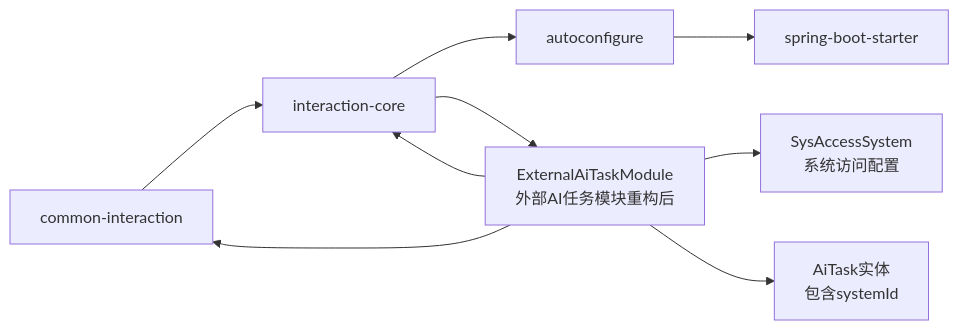
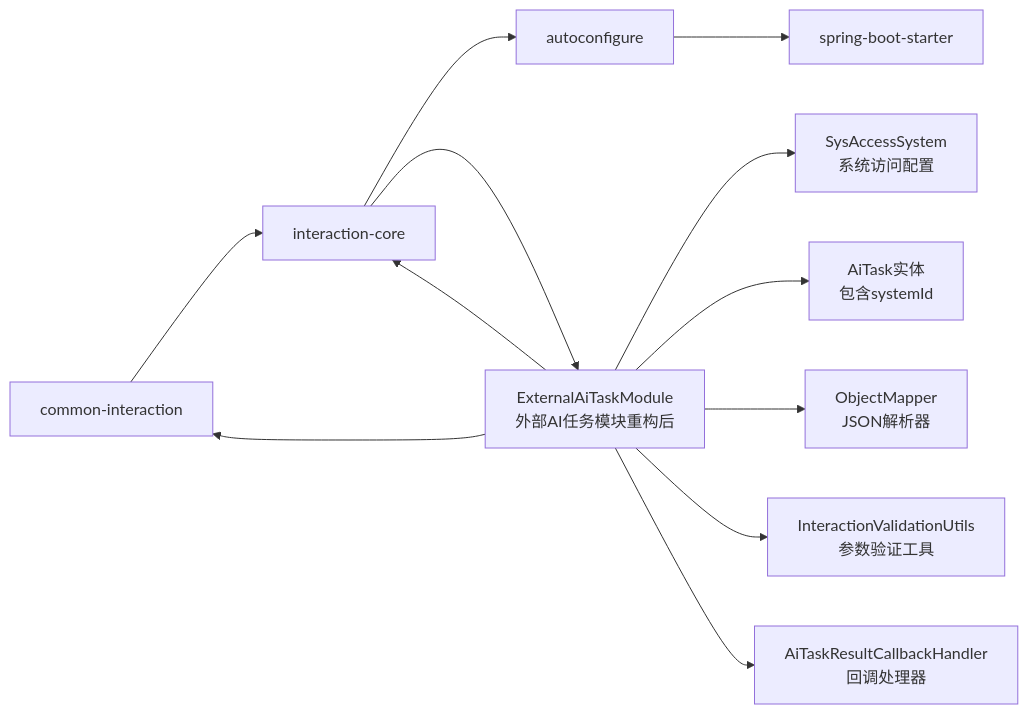
The fifth of 5 diagrams in .qoder/repowiki/zh/content/API接口文档/外部系统集成API/外部系统集成API.md (DrunkFood/First), drawn with Mermaid before and after one commit. The commit also changed other lines of this file and 77 other files, not shown here.

````diff
--- a/.qoder/repowiki/zh/content/API接口文档/外部系统集成API/外部系统集成API.md
+++ b/.qoder/repowiki/zh/content/API接口文档/外部系统集成API/外部系统集成API.md
@@ -418,11 +507,14 @@
 ```mermaid
 graph LR
 Common["common-interaction"] --> Core["interaction-core"]
 Core --> Auto["autoconfigure"]
 Auto --> Starter["spring-boot-starter"]
 Core --> ExternalAI["ExternalAiTaskModule<br/>外部AI任务模块重构后"]
 ExternalAI --> Common
 ExternalAI --> Core
 ExternalAI --> SysAccess["SysAccessSystem<br/>系统访问配置"]
 ExternalAI --> AiTask["AiTask实体<br/>包含systemId"]
+ExternalAI --> ObjectMapper["ObjectMapper<br/>JSON解析器"]
+ExternalAI --> Validation["InteractionValidationUtils<br/>参数验证工具"]
+ExternalAI --> CallbackHandler["AiTaskResultCallbackHandler<br/>回调处理器"]
 ```
````
